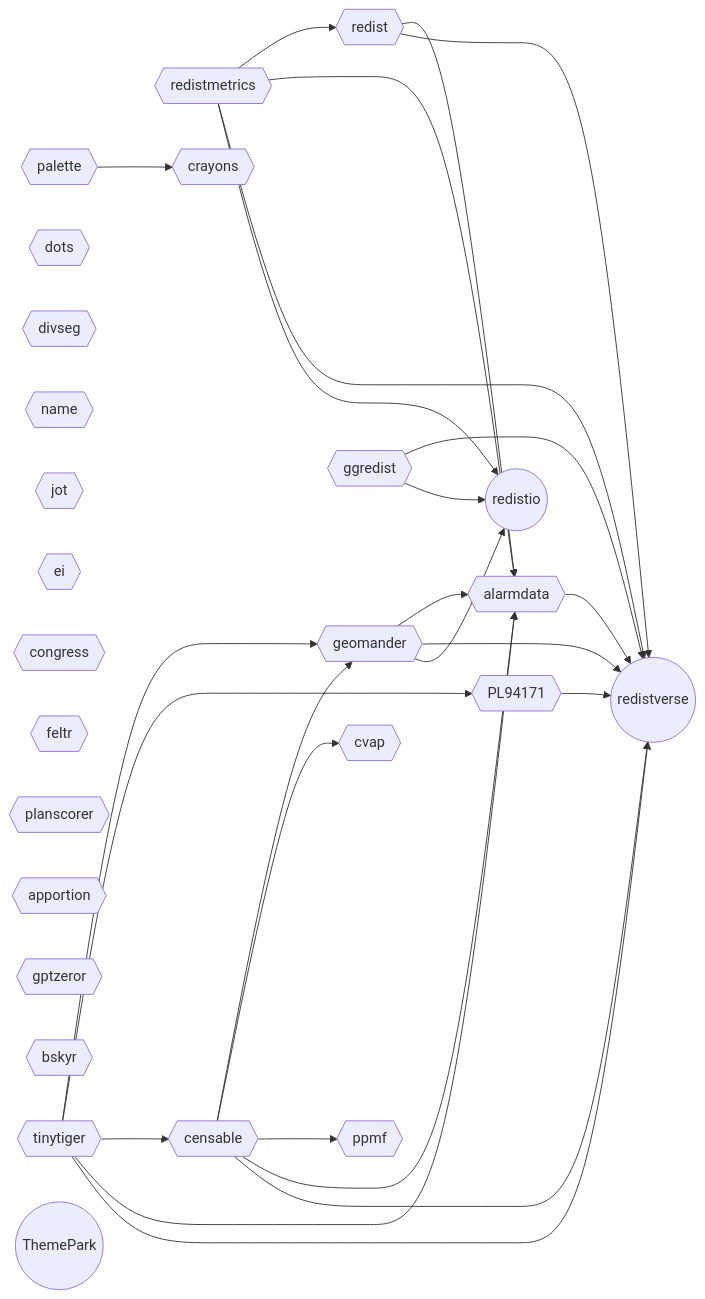
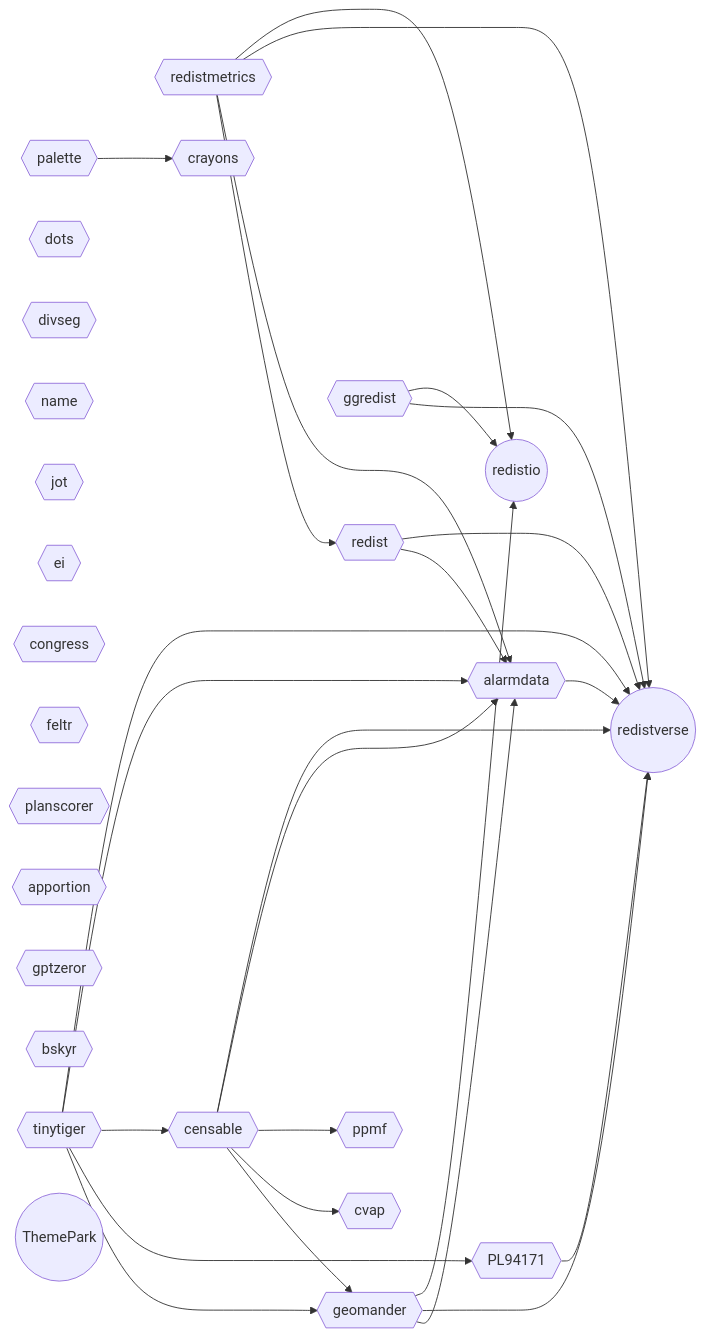
One commit to christopherkenny/christopherkenny.github.io changed the diagram in package-relationships.qmd. Above: the diagram before and after it, drawn with Mermaid. The commit also changed other lines of this file and 16 other files, not shown here.

````diff
--- a/package-relationships.qmd
+++ b/package-relationships.qmd
@@ -54,53 +60,53 @@
 ```{mermaid}
 flowchart LR
   redist{{redist}}
   redistmetrics{{redistmetrics}}
   geomander{{geomander}}
   PL94171{{PL94171}}
   censable{{censable}}
   tinytiger{{tinytiger}}
+  alarmdata{{alarmdata}}
+  ggredist{{ggredist}}
+  redistverse((redistverse))
   dots{{dots}}
   cvap{{cvap}}
   ppmf{{ppmf}}
   divseg{{divseg}}
   name{{name}}
   jot{{jot}}
   ei{{ei}}
-  alarmdata{{alarmdata}}
-  ggredist{{ggredist}}
   congress{{congress}}
   feltr{{feltr}}
   planscorer{{planscorer}}
-  redistverse((redistverse))
   crayons{{crayons}}
   apportion{{apportion}}
   gptzeror{{gptzeror}}
   bskyr{{bskyr}}
   redistio((redistio))
   palette{{palette}}
   ThemePark((ThemePark))
   redistmetrics --> redist
   censable --> geomander
   tinytiger --> geomander
   tinytiger --> PL94171
   tinytiger --> censable
   censable --> cvap
   censable --> ppmf
   censable --> alarmdata
   geomander --> alarmdata
   redist --> alarmdata
   redistmetrics --> alarmdata
   tinytiger --> alarmdata
   redist --> redistverse
   redistmetrics --> redistverse
   geomander --> redistverse
   ggredist --> redistverse
   censable --> redistverse
   tinytiger --> redistverse
   PL94171 --> redistverse
   alarmdata --> redistverse
   palette --> crayons
   geomander --> redistio
   ggredist --> redistio
   redistmetrics --> redistio
 ```
````
